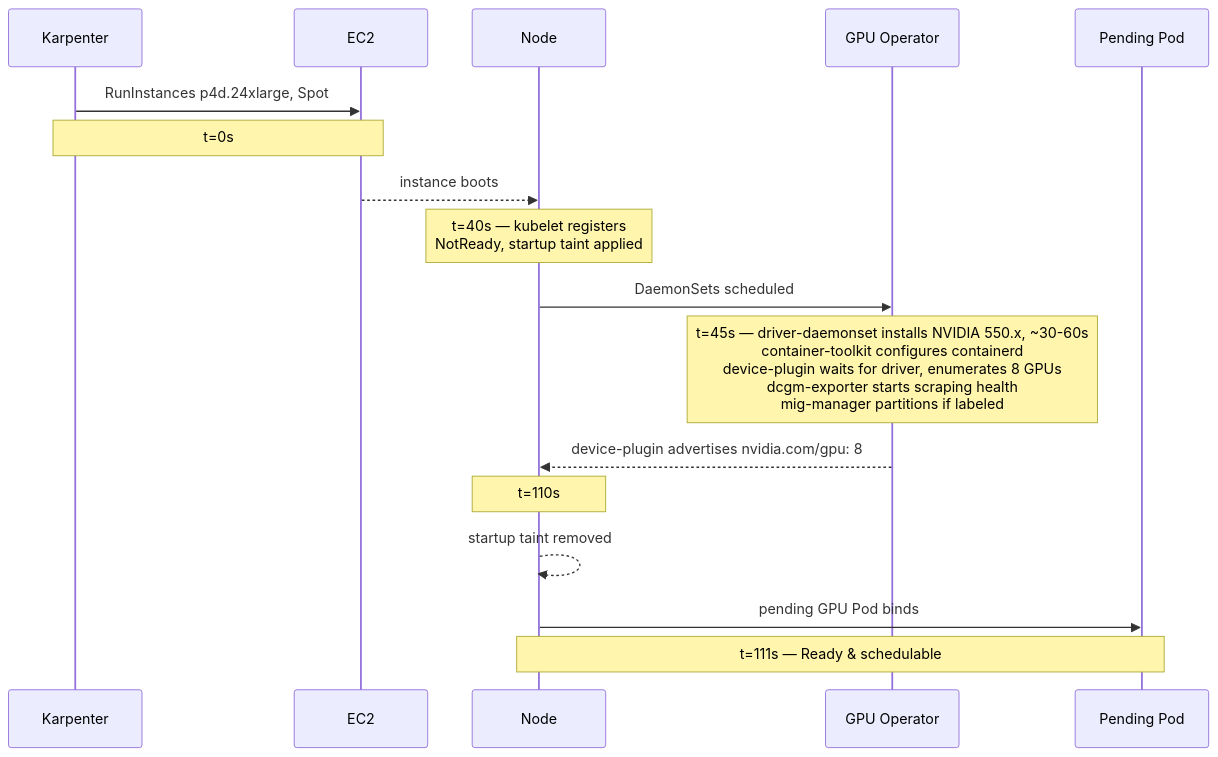
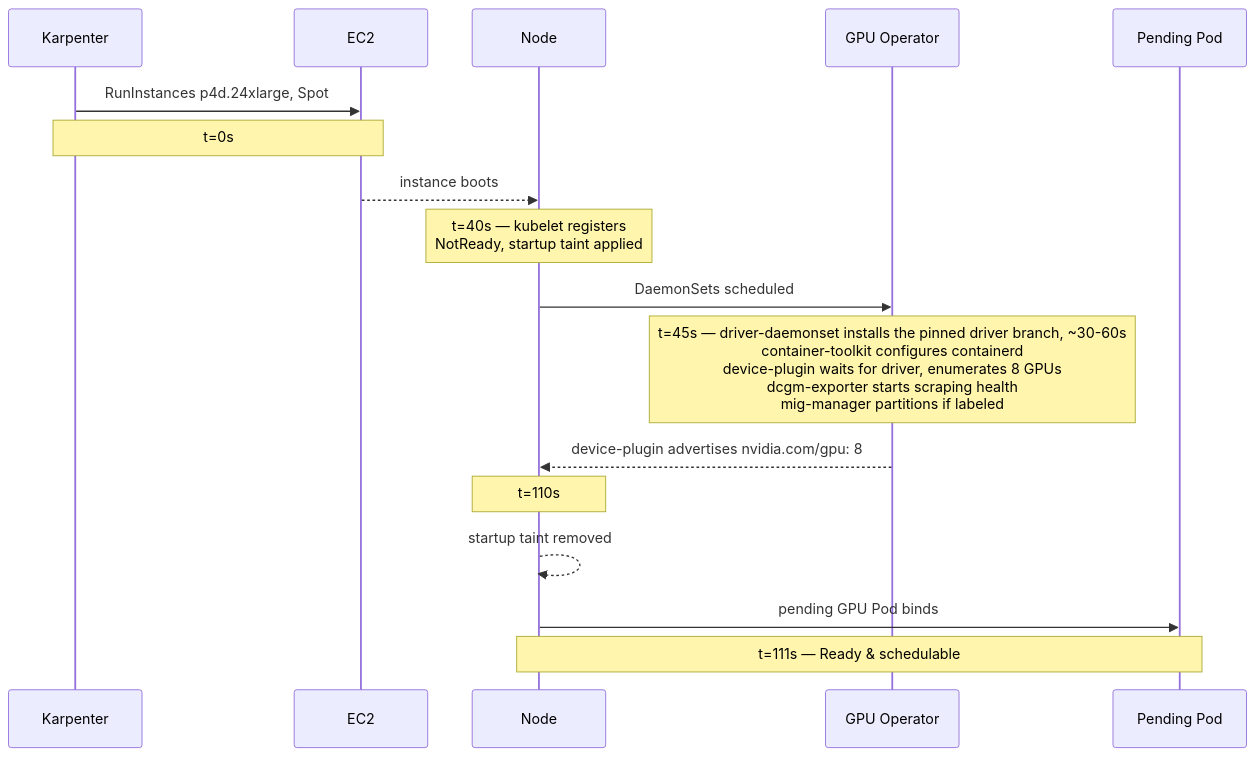
The second of 5 diagrams in src/main/java/com/rutik/systemdesign/devops/case_studies/cross_cutting/gpu_node_lifecycle.md (rppol/system-design), drawn with Mermaid before and after one commit. The commit also changed other lines of this file and 7 other files, not shown here.

````diff
--- a/src/main/java/com/rutik/systemdesign/devops/case_studies/cross_cutting/gpu_node_lifecycle.md
+++ b/src/main/java/com/rutik/systemdesign/devops/case_studies/cross_cutting/gpu_node_lifecycle.md
@@ -84,20 +84,20 @@
 ```mermaid
 sequenceDiagram
     participant K as Karpenter
     participant E as EC2
     participant N as Node
     participant G as GPU Operator
     participant P as Pending Pod
 
     K->>E: RunInstances p4d.24xlarge, Spot
     Note over K,E: t=0s
     E-->>N: instance boots
     Note over N: t=40s — kubelet registers<br/>NotReady, startup taint applied
     N->>G: DaemonSets scheduled
-    Note over G: t=45s — driver-daemonset installs NVIDIA 550.x, ~30-60s<br/>container-toolkit configures containerd<br/>device-plugin waits for driver, enumerates 8 GPUs<br/>dcgm-exporter starts scraping health<br/>mig-manager partitions if labeled
+    Note over G: t=45s — driver-daemonset installs the pinned driver branch, ~30-60s<br/>container-toolkit configures containerd<br/>device-plugin waits for driver, enumerates 8 GPUs<br/>dcgm-exporter starts scraping health<br/>mig-manager partitions if labeled
     G-->>N: device-plugin advertises nvidia.com/gpu: 8
     Note over N: t=110s
     N-->>N: startup taint removed
     N->>P: pending GPU Pod binds
     Note over N,P: t=111s — Ready & schedulable
 ```
````
